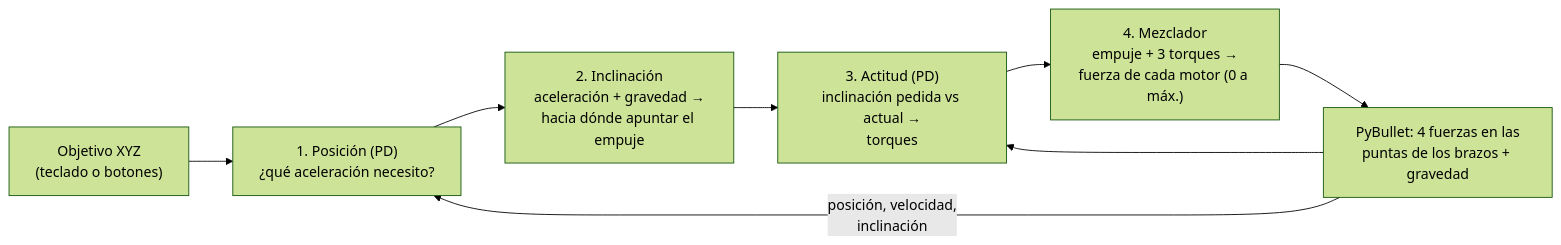
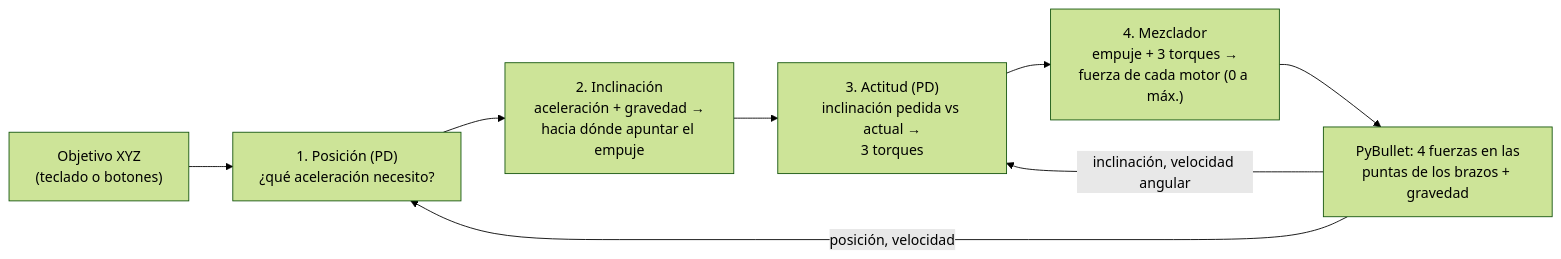
One commit to Dathinel/Sensores-Teoria changed the first of 3 diagrams in 9-taller-segundo-corte/punto-a-drones-waypoints/README.md. Above: the diagram before and after it, drawn with Mermaid (forest theme). The commit also changed other lines of this file and 154 other files, not shown here.

````diff
--- a/9-taller-segundo-corte/punto-a-drones-waypoints/README.md
+++ b/9-taller-segundo-corte/punto-a-drones-waypoints/README.md
@@ -21,10 +71,10 @@
 ```mermaid
 flowchart LR
     O["Objetivo XYZ<br/>(teclado o botones)"] --> P["1. Posición (PD)<br/>¿qué aceleración necesito?"]
     P --> I["2. Inclinación<br/>aceleración + gravedad →<br/>hacia dónde apuntar el empuje"]
-    I --> A["3. Actitud (PD)<br/>inclinación pedida vs actual →<br/>torques"]
+    I --> A["3. Actitud (PD)<br/>inclinación pedida vs actual →<br/>3 torques"]
     A --> M["4. Mezclador<br/>empuje + 3 torques →<br/>fuerza de cada motor (0 a máx.)"]
     M --> F["PyBullet: 4 fuerzas en las<br/>puntas de los brazos + gravedad"]
-    F -->|"posición, velocidad,<br/>inclinación"| P
-    F --> A
+    F -->|"posición, velocidad"| P
+    F -->|"inclinación, velocidad angular"| A
 ```
````
